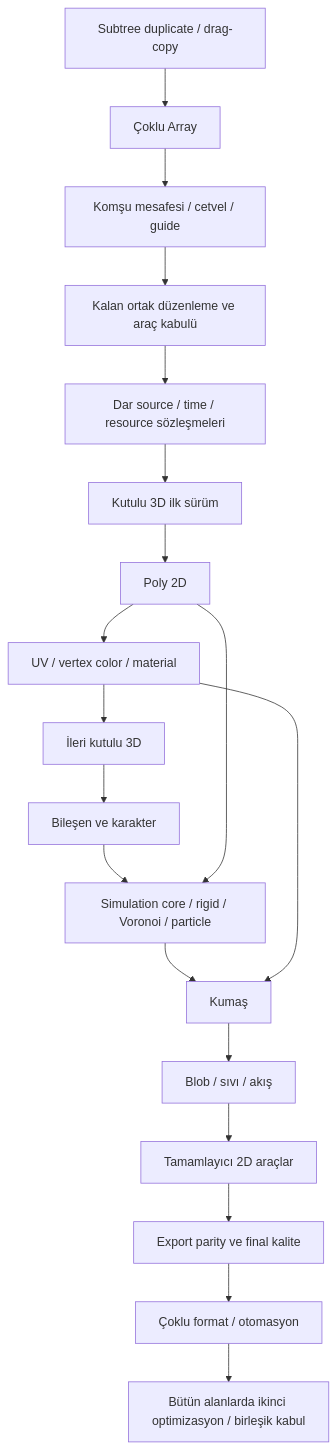
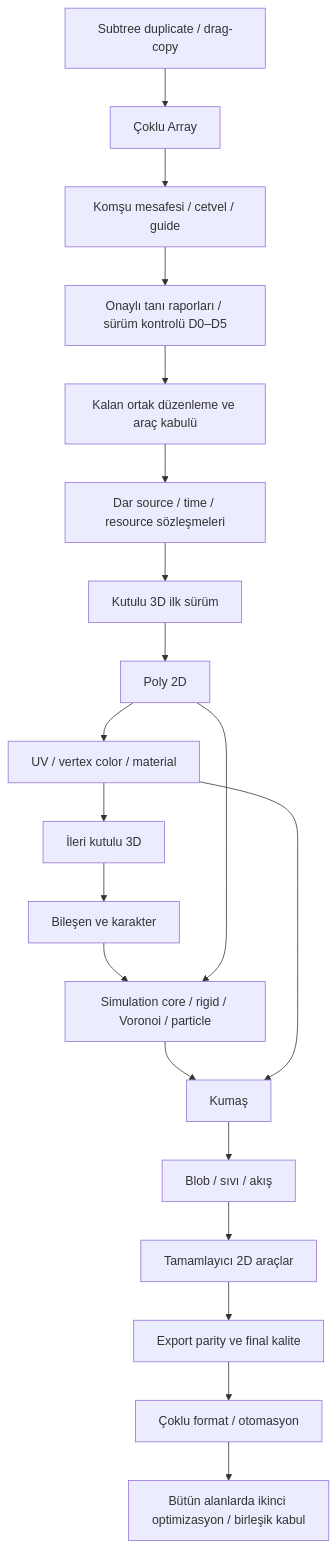
One commit to codie1982/chorono-editor changed the diagram in docs/tr/production-2d-roadmap.md. Above: the diagram before and after it, drawn with Mermaid. The commit also changed other lines of this file and 2 other files, not shown here.

````diff
--- a/docs/tr/production-2d-roadmap.md
+++ b/docs/tr/production-2d-roadmap.md
@@ -61,21 +70,22 @@
 ```mermaid
 flowchart TD
     V4[Subtree duplicate / drag-copy] --> V5[Çoklu Array]
     V5 --> LAYOUT[Komşu mesafesi / cetvel / guide]
-    LAYOUT --> H[Kalan ortak düzenleme ve araç kabulü]
+    LAYOUT --> DIAG[Onaylı tanı raporları / sürüm kontrolü D0–D5]
+    DIAG --> H[Kalan ortak düzenleme ve araç kabulü]
     H --> I[Dar source / time / resource sözleşmeleri]
     I --> B[Kutulu 3D ilk sürüm]
     B --> G[Poly 2D]
     G --> U[UV / vertex color / material]
     U --> B2[İleri kutulu 3D]
     B2 --> C[Bileşen ve karakter]
     C --> S[Simulation core / rigid / Voronoi / particle]
     G --> S
     S --> CL[Kumaş]
     U --> CL
     CL --> L[Blob / sıvı / akış]
     L --> T[Tamamlayıcı 2D araçlar]
     T --> E[Export parity ve final kalite]
     E --> M[Çoklu format / otomasyon]
     M --> O[Bütün alanlarda ikinci optimizasyon / birleşik kabul]
 ```
````
